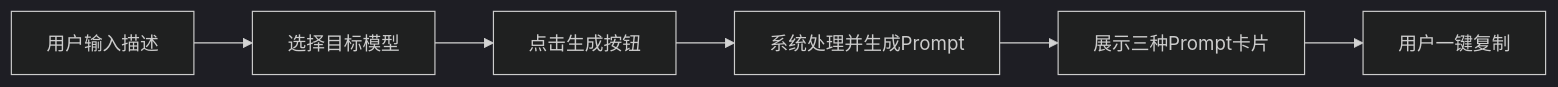
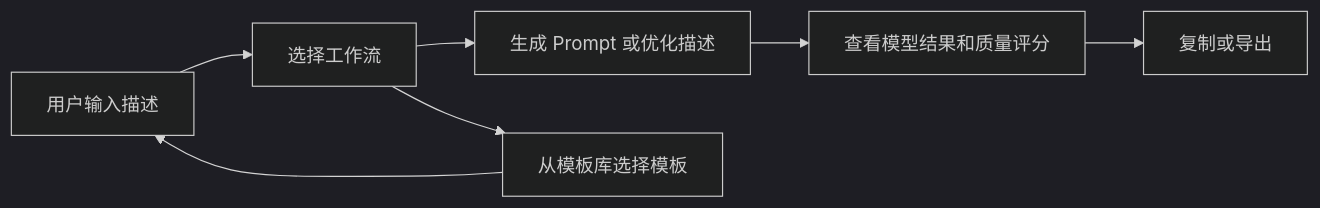
Before and after one commit to pkokwho/tsc: the diagram in .trae/documents/AI提示词生成器-PRD.md, drawn with Mermaid (dark theme). The commit also changed other lines of this file and 5 other files, not shown here.

````diff
--- a/.trae/documents/AI提示词生成器-PRD.md
+++ b/.trae/documents/AI提示词生成器-PRD.md
@@ -24,8 +33,9 @@
 ```mermaid
 graph LR
-    A["用户输入描述"] --> B["选择目标模型"]
-    B --> C["点击生成按钮"]
-    C --> D["系统处理并生成Prompt"]
-    D --> E["展示三种Prompt卡片"]
-    E --> F["用户一键复制"]
+    A["用户输入描述"] --> B["选择工作流"]
+    B --> C["生成 Prompt 或优化描述"]
+    C --> D["查看模型结果和质量评分"]
+    D --> E["复制或导出"]
+    B --> F["从模板库选择模板"]
+    F --> A
 ```
````
